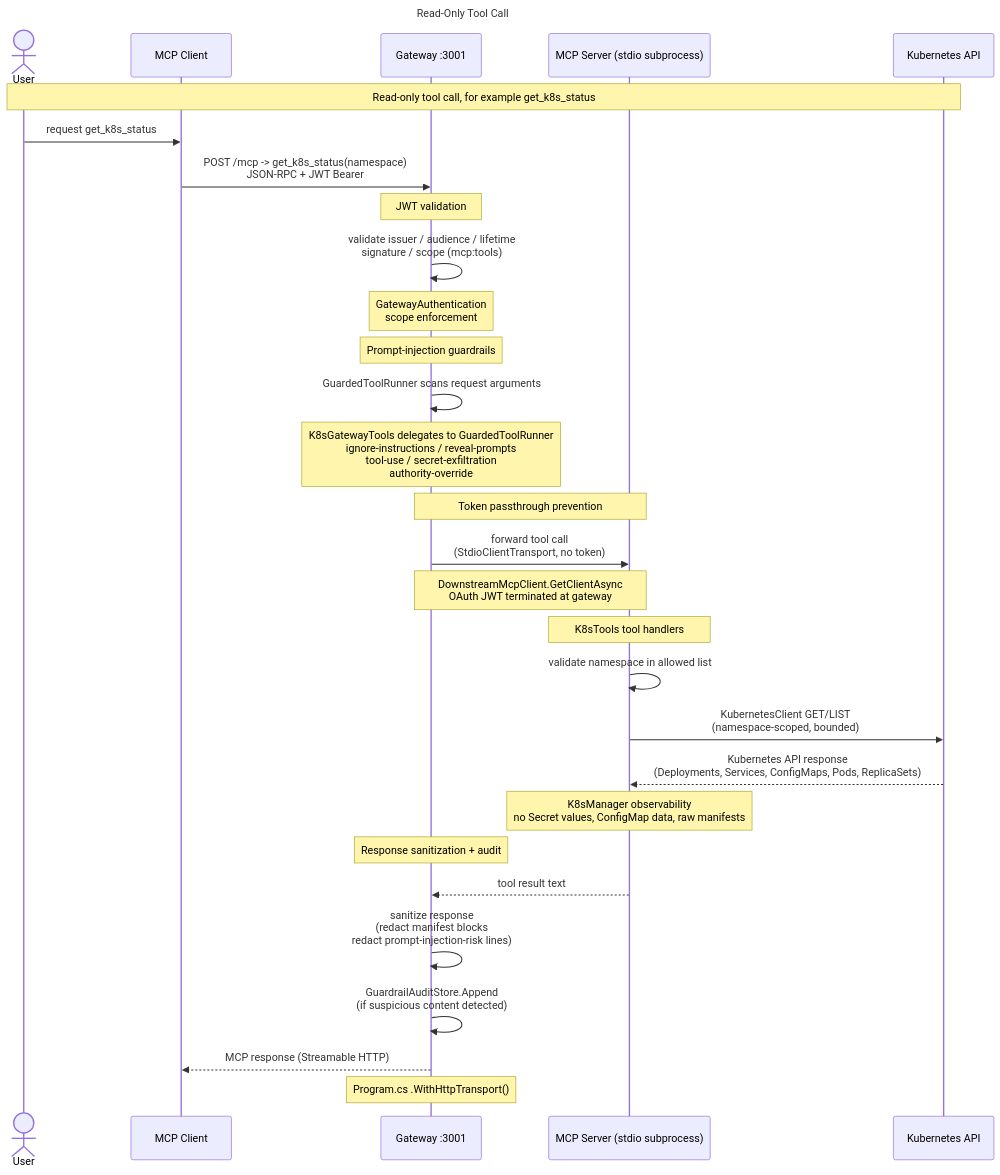
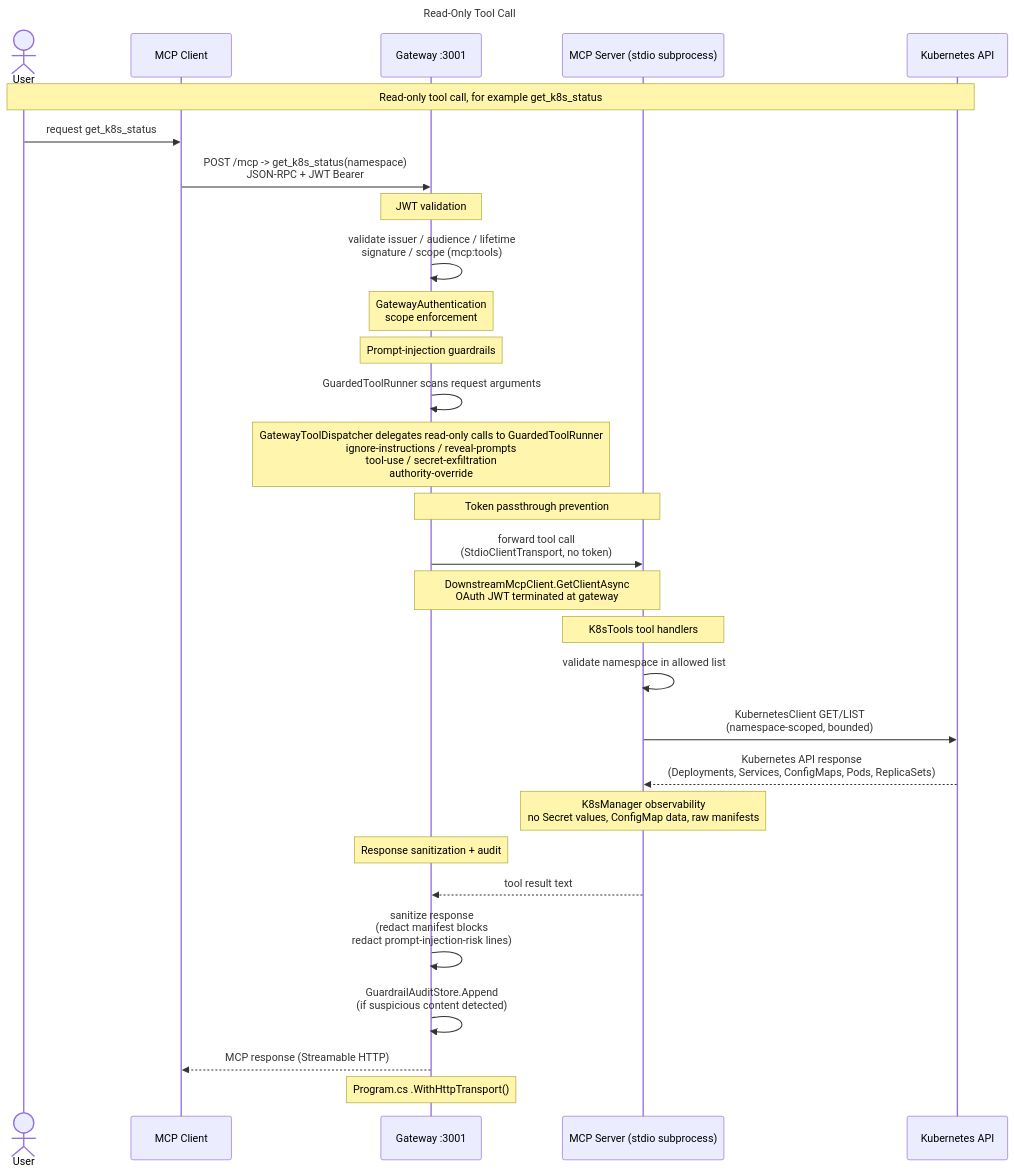
The third of 7 diagrams in docs/architecture.md (mirusser/Kubernetes-MCP-Guard), drawn with Mermaid before and after one commit. The commit also changed 89 other files, not shown here.

````diff
--- a/docs/architecture.md
+++ b/docs/architecture.md
@@ -138,42 +138,42 @@
 ```mermaid
 ---
 title: Read-Only Tool Call
 ---
 sequenceDiagram
     actor User
     participant Client as MCP Client
     participant GW as Gateway :3001
     participant Svr as MCP Server (stdio subprocess)
     participant K8s as Kubernetes API
 
     Note over User,K8s: Read-only tool call, for example get_k8s_status
 
     User->>Client: request get_k8s_status
     Client->>GW: POST /mcp -> get_k8s_status(namespace)<br/>JSON-RPC + JWT Bearer
 
     Note over GW: JWT validation
     GW->>GW: validate issuer / audience / lifetime<br/>signature / scope (mcp:tools)
     Note over GW: GatewayAuthentication<br/>scope enforcement
 
     Note over GW: Prompt-injection guardrails
     GW->>GW: GuardedToolRunner scans request arguments
-    Note over GW: K8sGatewayTools delegates to GuardedToolRunner<br/>ignore-instructions / reveal-prompts<br/>tool-use / secret-exfiltration<br/>authority-override
+    Note over GW: GatewayToolDispatcher delegates read-only calls to GuardedToolRunner<br/>ignore-instructions / reveal-prompts<br/>tool-use / secret-exfiltration<br/>authority-override
 
     Note over GW,Svr: Token passthrough prevention
     GW->>Svr: forward tool call<br/>(StdioClientTransport, no token)
     Note over GW,Svr: DownstreamMcpClient.GetClientAsync<br/>OAuth JWT terminated at gateway
 
     Note over Svr: K8sTools tool handlers
     Svr->>Svr: validate namespace in allowed list
     Svr->>K8s: KubernetesClient GET/LIST<br/>(namespace-scoped, bounded)
     K8s-->>Svr: Kubernetes API response<br/>(Deployments, Services, ConfigMaps, Pods, ReplicaSets)
     Note over Svr: K8sManager observability<br/>no Secret values, ConfigMap data, raw manifests
 
     Note over GW: Response sanitization + audit
     Svr-->>GW: tool result text
     GW->>GW: sanitize response<br/>(redact manifest blocks<br/>redact prompt-injection-risk lines)
     GW->>GW: GuardrailAuditStore.Append<br/>(if suspicious content detected)
 
     GW-->>Client: MCP response (Streamable HTTP)
     Note over GW: Program.cs .WithHttpTransport()
 ```
````
